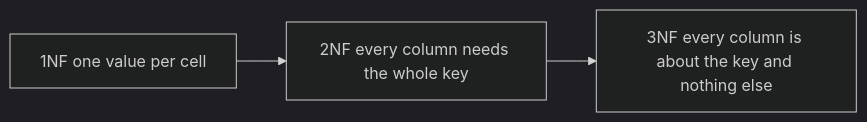
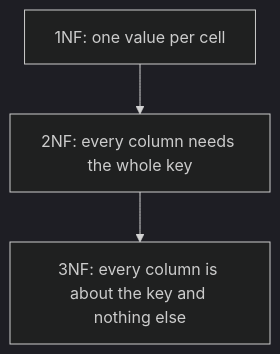
The fourth of 5 diagrams in learn/database/07-normalization.md (starjustice/research-material), drawn with Mermaid (dark theme) before and after one commit. The commit also changed other lines of this file, not shown here.

````diff
--- a/learn/database/07-normalization.md
+++ b/learn/database/07-normalization.md
@@ -220,5 +234,5 @@
 ```mermaid
-graph LR
-    A["1NF one value per cell"] --> B["2NF every column needs the whole key"]
-    B --> C["3NF every column is about the key and nothing else"]
+graph TB
+    A["1NF: one value per cell"] --> B["2NF: every column needs the whole key"]
+    B --> C["3NF: every column is about the key and nothing else"]
 ```
````
